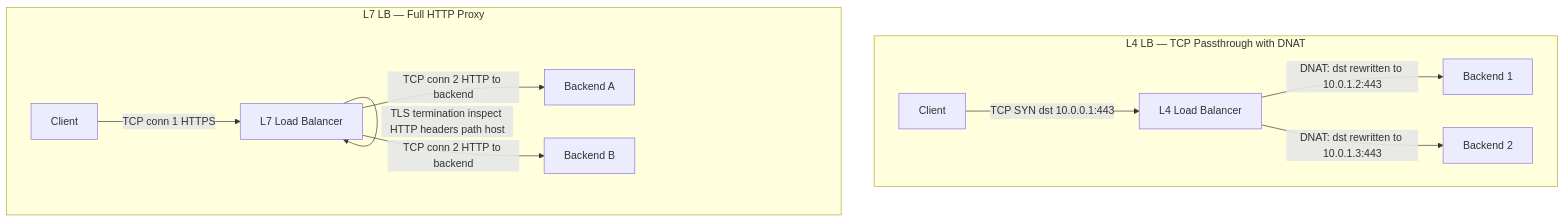
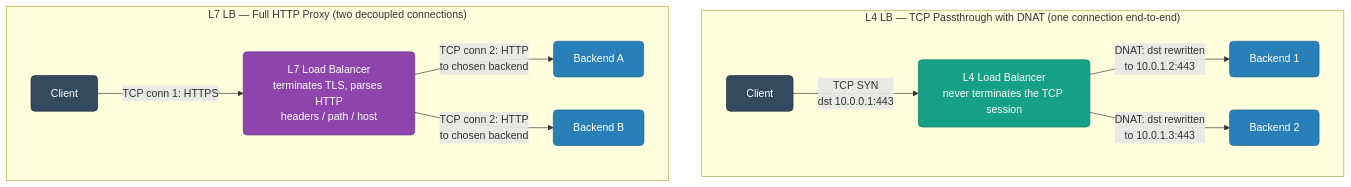
Before and after one commit to deepanshu-rawat6/DevOpsIndex: the first of 5 diagrams in networking/load-balancers.md, drawn with Mermaid. The commit also changed other lines of this file and 8 other files, not shown here.

````diff
--- a/networking/load-balancers.md
+++ b/networking/load-balancers.md
@@ -42,15 +70,19 @@
 ```mermaid
 graph TD
-    subgraph L4_LB["L4 LB — TCP Passthrough with DNAT"]
-        C1[Client] -->|TCP SYN dst 10.0.0.1:443| LB4[L4 Load Balancer]
-        LB4 -->|DNAT: dst rewritten to 10.0.1.2:443| B1[Backend 1]
-        LB4 -->|DNAT: dst rewritten to 10.0.1.3:443| B2[Backend 2]
+    classDef client fill:#34495e,stroke:#212f3c,color:#fff,rx:6
+    classDef lb4 fill:#16a085,stroke:#117a65,color:#fff,rx:6
+    classDef lb7 fill:#8e44ad,stroke:#6c3483,color:#fff,rx:6
+    classDef backend fill:#2980b9,stroke:#1f618d,color:#fff,rx:6
+
+    subgraph L4_LB["L4 LB — TCP Passthrough with DNAT (one connection end-to-end)"]
+        C1["Client"]:::client -->|"TCP SYN<br/>dst 10.0.0.1:443"| LB4["L4 Load Balancer<br/>never terminates the TCP session"]:::lb4
+        LB4 -->|"DNAT: dst rewritten<br/>to 10.0.1.2:443"| B1["Backend 1"]:::backend
+        LB4 -->|"DNAT: dst rewritten<br/>to 10.0.1.3:443"| B2["Backend 2"]:::backend
     end
 
-    subgraph L7_LB["L7 LB — Full HTTP Proxy"]
-        C2[Client] -->|TCP conn 1 HTTPS| LB7[L7 Load Balancer]
-        LB7 -->|TLS termination inspect HTTP headers path host| LB7
-        LB7 -->|TCP conn 2 HTTP to backend| B3[Backend A]
-        LB7 -->|TCP conn 2 HTTP to backend| B4[Backend B]
+    subgraph L7_LB["L7 LB — Full HTTP Proxy (two decoupled connections)"]
+        C2["Client"]:::client -->|"TCP conn 1: HTTPS"| LB7["L7 Load Balancer<br/>terminates TLS, parses HTTP<br/>headers / path / host"]:::lb7
+        LB7 -->|"TCP conn 2: HTTP<br/>to chosen backend"| B3["Backend A"]:::backend
+        LB7 -->|"TCP conn 2: HTTP<br/>to chosen backend"| B4["Backend B"]:::backend
     end
 ```
````
